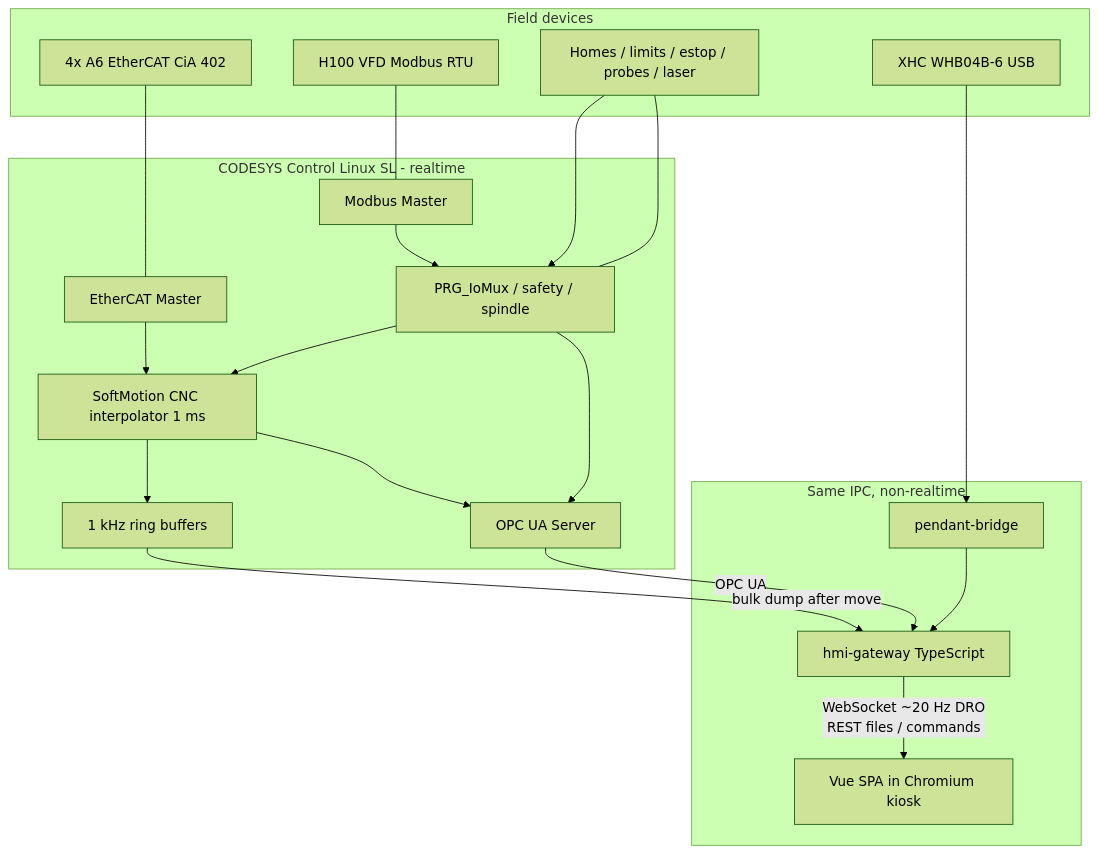
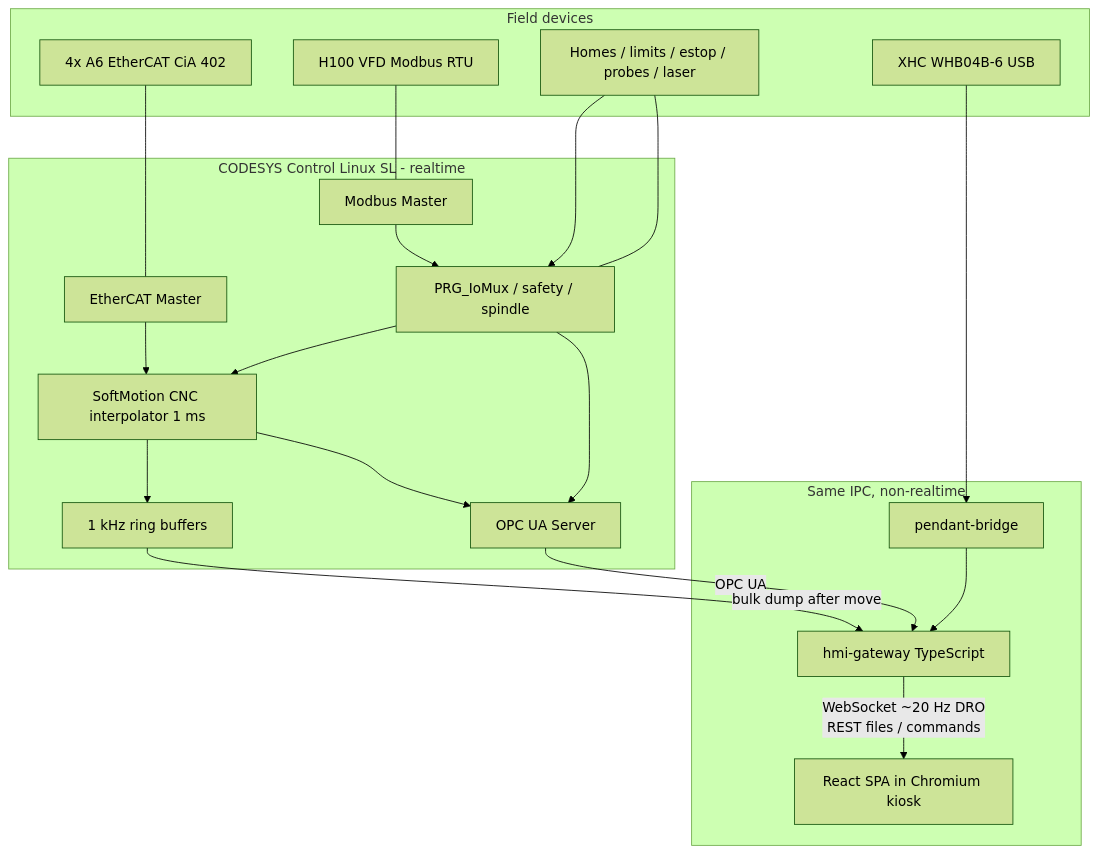
One commit to jayem1427/lemontart_lcnc_config changed the first of 2 diagrams in docs/CODESYS_ARCHITECTURE.md. Above: the diagram before and after it, drawn with Mermaid (forest theme). The commit also changed other lines of this file and 3 other files, not shown here.

````diff
--- a/docs/CODESYS_ARCHITECTURE.md
+++ b/docs/CODESYS_ARCHITECTURE.md
@@ -116,40 +120,40 @@
 ```mermaid
 flowchart TB
   subgraph field [Field devices]
     A6[4x A6 EtherCAT CiA 402]
     VFD[H100 VFD Modbus RTU]
     DI[Homes / limits / estop / probes / laser]
     WHB[XHC WHB04B-6 USB]
   end
 
   subgraph plc [CODESYS Control Linux SL - realtime]
     EtherCAT[EtherCAT Master]
     Modbus[Modbus Master]
     CNC[SoftMotion CNC interpolator 1 ms]
     IO[PRG_IoMux / safety / spindle]
     Trace[1 kHz ring buffers]
     OPC[OPC UA Server]
     EtherCAT --> CNC
     Modbus --> IO
     DI --> IO
     IO --> CNC
     CNC --> Trace
     CNC --> OPC
     IO --> OPC
   end
 
   subgraph host [Same IPC, non-realtime]
     Pend[pendant-bridge]
     GW[hmi-gateway TypeScript]
-    UI[Vue SPA in Chromium kiosk]
+    UI[React SPA in Chromium kiosk]
     WHB --> Pend
     Pend --> GW
     OPC -->|OPC UA| GW
     GW -->|WebSocket ~20 Hz DRO<br/>REST files / commands| UI
     Trace -->|bulk dump after move| GW
   end
 
   A6 --- EtherCAT
   VFD --- Modbus
   DI --- IO
 ```
````
